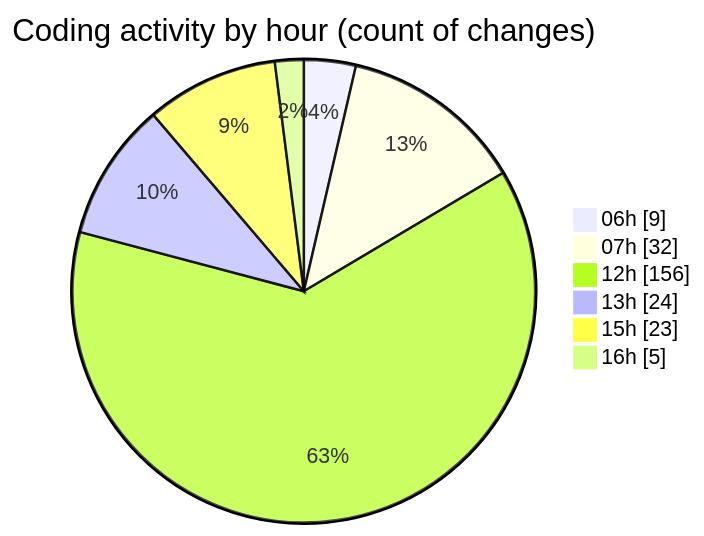
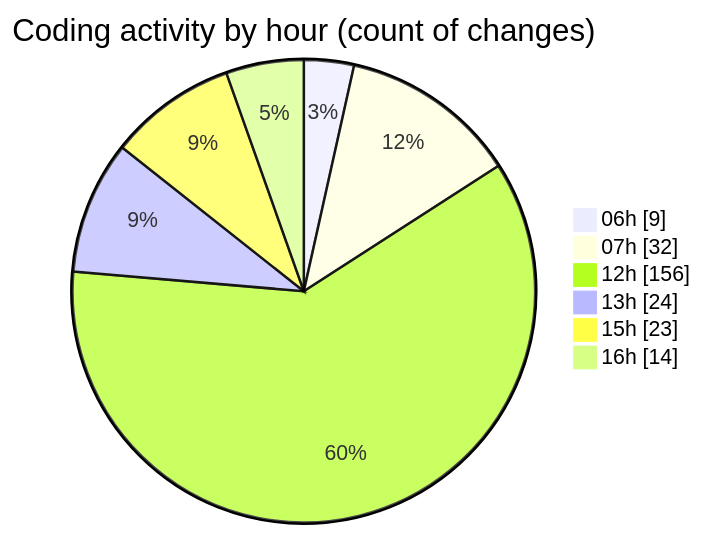
One commit to robertbonfada/code-tracking changed the second of 2 diagrams in 2025-02-18/mbc-web/README.md. Above: the diagram before and after it, drawn with Mermaid. The commit also changed other lines of this file and 1 other file, not shown here.

````diff
--- a/2025-02-18/mbc-web/README.md
+++ b/2025-02-18/mbc-web/README.md
@@ -146,10 +146,10 @@
 ```mermaid
 pie showData
 title Coding activity by hour (count of changes)
 "06h" : 9
 "07h" : 32
 "12h" : 156
 "13h" : 24
 "15h" : 23
-"16h" : 5
+"16h" : 14
 ```
````
